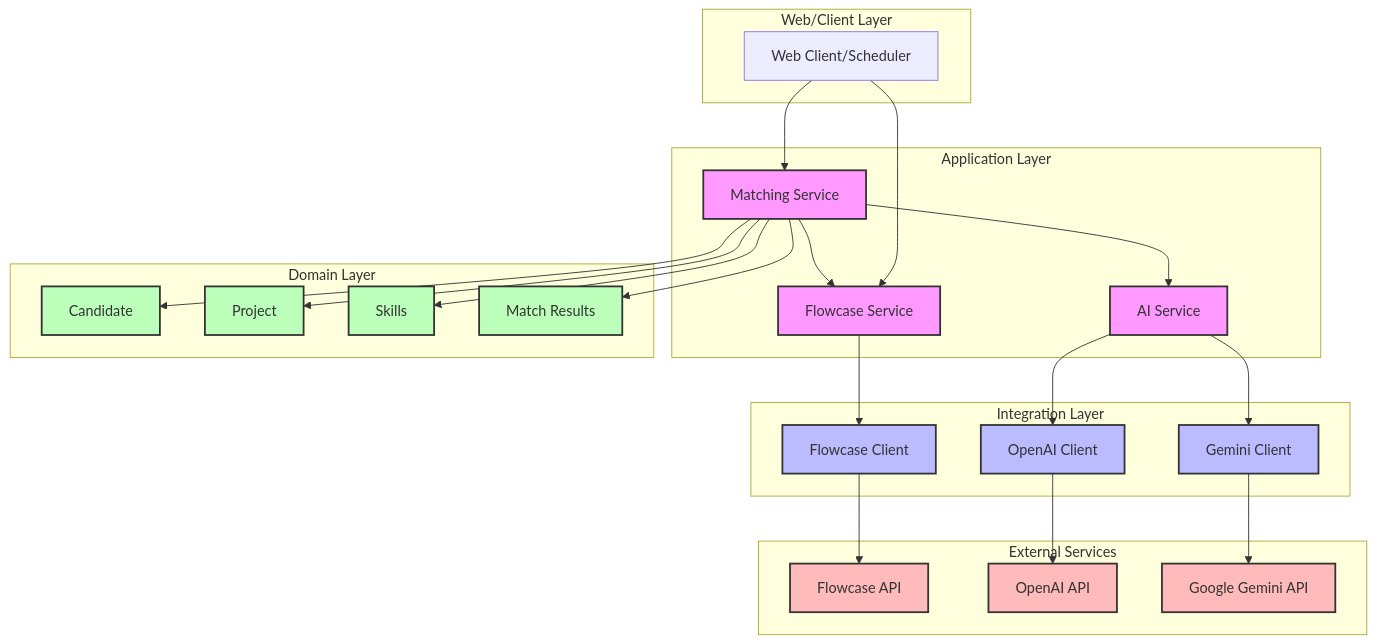
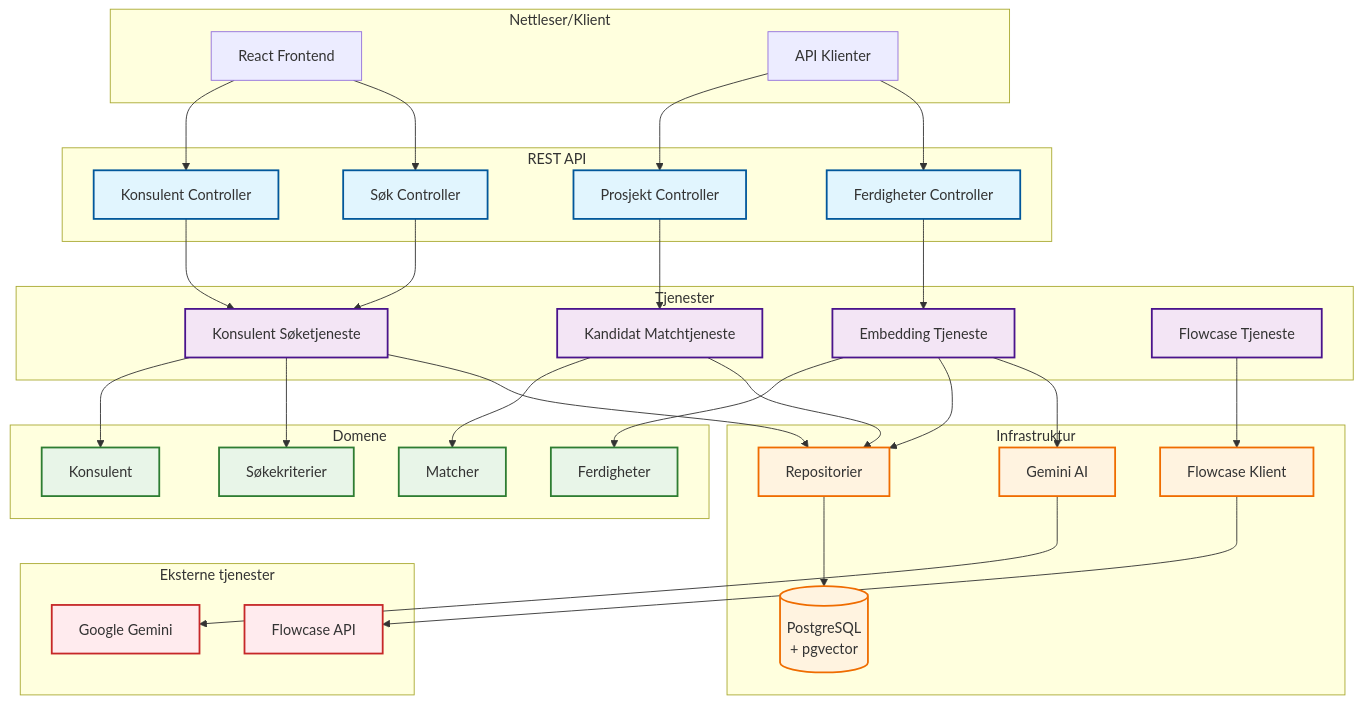
Before and after one commit to thomasandersen77/cloudberries-candidate-match: the first of 2 diagrams in README.md, drawn with Mermaid. The commit also changed other lines of this file and 358 other files, not shown here.

````diff
--- a/README.md
+++ b/README.md
@@ -8,62 +47,79 @@
 ```mermaid
 graph TB
-    subgraph Frontend["Web/Client Layer"]
-        CLI["Web Client/Scheduler"]
+    subgraph Frontend["Nettleser/Klient"]
+        WEB["React Frontend"]
+        CLI["API Klienter"]
     end
 
-    subgraph Application["Application Layer"]
-        MS["Matching Service"]
-        FS["Flowcase Service"]
-        AS["AI Service"]
+    subgraph Controllers["REST API"]
+        CC["Konsulent Controller"]
+        SC["Søk Controller"]
+        PC["Prosjekt Controller"]
+        SKC["Ferdigheter Controller"]
     end
 
-    subgraph Integration["Integration Layer"]
-        FC["Flowcase Client"]
-        OAI["OpenAI Client"]
-        GEM["Gemini Client"]
+    subgraph Services["Tjenester"]
+        CSS["Konsulent Søketjeneste"]
+        CMS["Kandidat Matchtjeneste"]
+        ES["Embedding Tjeneste"]
+        FS["Flowcase Tjeneste"]
     end
 
-    subgraph External["External Services"]
-        FAPI["Flowcase API"]
-        OAPI["OpenAI API"]
-        GAPI["Google Gemini API"]
+    subgraph Domain["Domene"]
+        CONS["Konsulent"]
+        CRIT["Søkekriterier"]
+        SKILL["Ferdigheter"]
+        MATCH["Matcher"]
     end
 
-    subgraph Domain["Domain Layer"]
-        CAN["Candidate"]
-        PROJ["Project"]
-        SKILL["Skills"]
-        MATCH["Match Results"]
+    subgraph Infrastructure["Infrastruktur"]
+        REPO["Repositorier"]
+        DB[("PostgreSQL\n+ pgvector")]
+        FC["Flowcase Klient"]
+        GEM["Gemini AI"]
+    end
+
+    subgraph External["Eksterne tjenester"]
+        FAPI["Flowcase API"]
+        GAPI["Google Gemini"]
     end
 
     %% Connections
-    CLI --> MS
-    CLI --> FS
+    WEB --> CC
+    WEB --> SC
+    CLI --> PC
+    CLI --> SKC
     
-    MS --> AS
-    MS --> FS
+    CC --> CSS
+    SC --> CSS
+    PC --> CMS
+    SKC --> ES
     
+    CSS --> CONS
+    CSS --> CRIT
+    CMS --> MATCH
+    ES --> SKILL
+    
+    CSS --> REPO
+    CMS --> REPO
+    ES --> REPO
     FS --> FC
-    AS --> OAI
-    AS --> GEM
     
+    REPO --> DB
     FC --> FAPI
-    OAI --> OAPI
+    ES --> GEM
     GEM --> GAPI
     
-    MS --> CAN
-    MS --> PROJ
-    MS --> SKILL
-    MS --> MATCH
-
     %% Styling
-    classDef service fill:#f9f,stroke:#333,stroke-width:2px
-    classDef client fill:#bbf,stroke:#333,stroke-width:2px
-    classDef external fill:#fbb,stroke:#333,stroke-width:2px
-    classDef domain fill:#bfb,stroke:#333,stroke-width:2px
+    classDef controller fill:#e1f5fe,stroke:#01579b,stroke-width:2px
+    classDef service fill:#f3e5f5,stroke:#4a148c,stroke-width:2px
+    classDef domain fill:#e8f5e8,stroke:#2e7d32,stroke-width:2px
+    classDef infra fill:#fff3e0,stroke:#ef6c00,stroke-width:2px
+    classDef external fill:#ffebee,stroke:#c62828,stroke-width:2px
     
-    class MS,FS,AS service
-    class FC,OAI,GEM client
-    class FAPI,OAPI,GAPI external
-    class CAN,PROJ,SKILL,MATCH domain
+    class CC,SC,PC,SKC controller
+    class CSS,CMS,ES,FS service
+    class CONS,CRIT,SKILL,MATCH domain
+    class REPO,DB,FC,GEM infra
+    class FAPI,GAPI external
 ```
````
